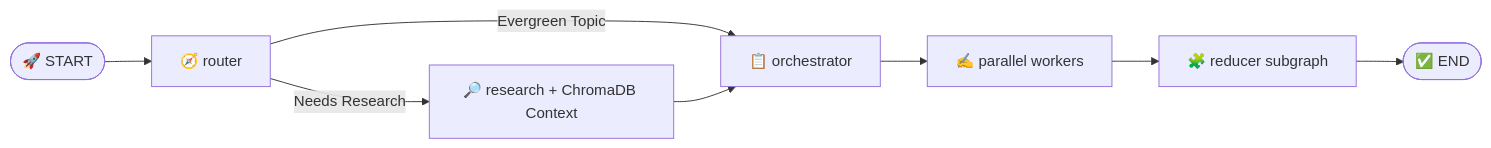
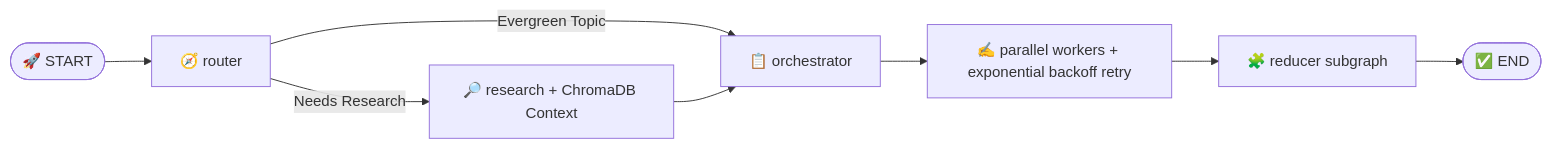
One commit to jeetsinghbhati7773/blog-writing-multi-agent changed the second of 2 diagrams in README.md. Above: the diagram before and after it, drawn with Mermaid. The commit also changed other lines of this file and 15 other files, not shown here.

````diff
--- a/README.md
+++ b/README.md
@@ -40,10 +42,10 @@
 ```mermaid
 graph LR
     START([🚀 START]) --> Router[🧭 router]
     Router -- Needs Research --> Research[🔎 research + ChromaDB Context]
     Router -- Evergreen Topic --> Orchestrator[📋 orchestrator]
     Research --> Orchestrator
-    Orchestrator --> Worker[✍️ parallel workers]
+    Orchestrator --> Worker[✍️ parallel workers + exponential backoff retry]
     Worker --> Reducer[🧩 reducer subgraph]
     Reducer --> END([✅ END])
 ```
````
